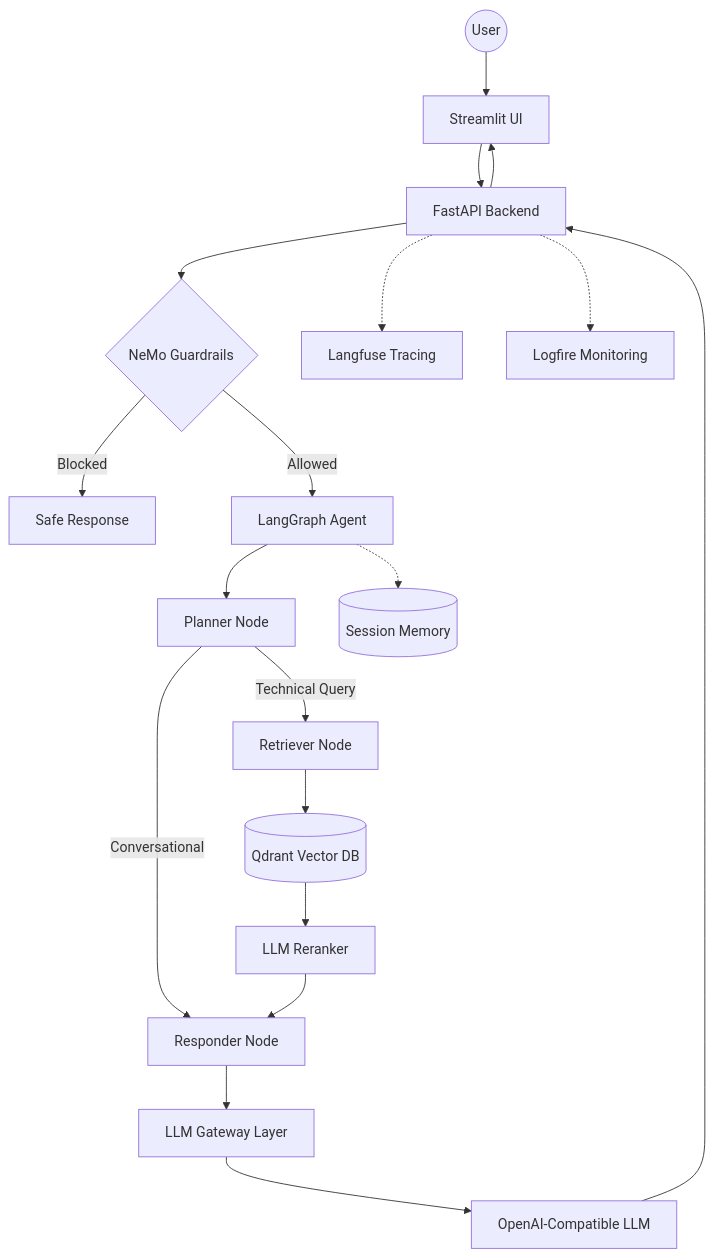
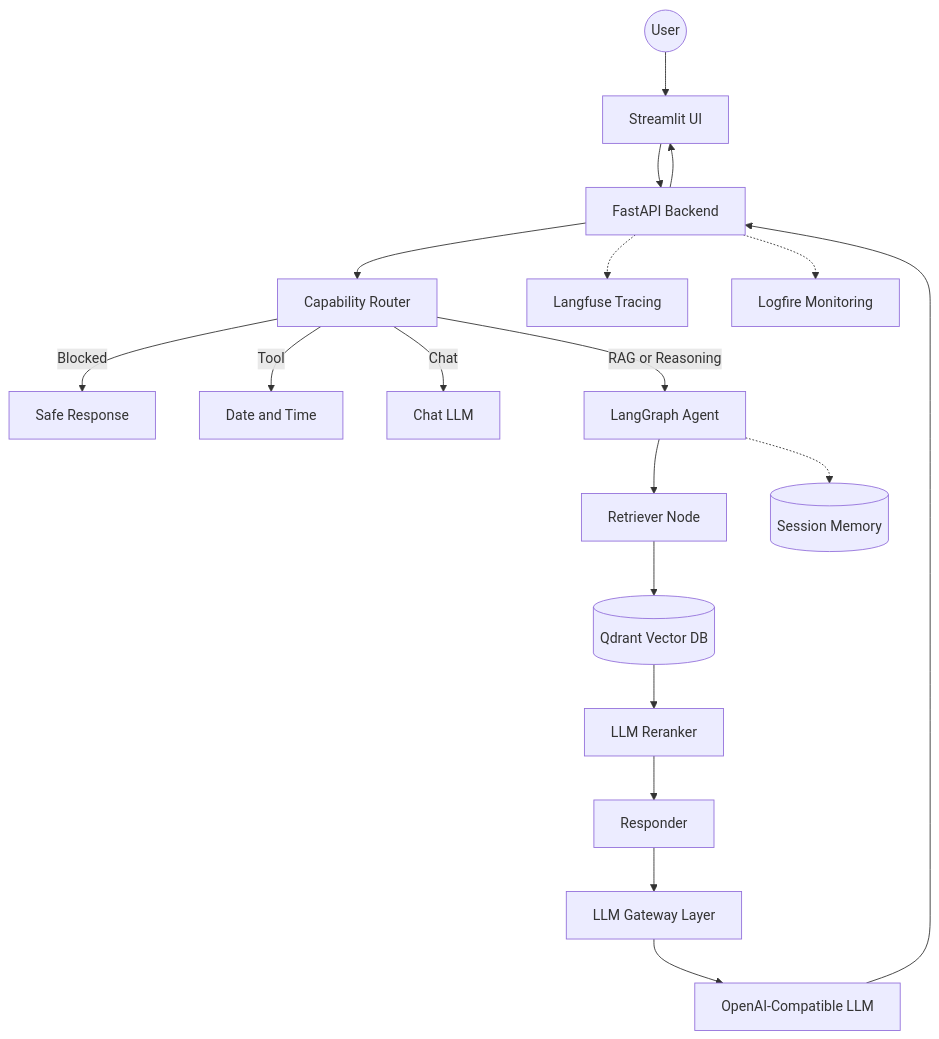
One commit to Alex-Xiao-5219/agentic-rag changed the diagram in README.md. Above: the diagram before and after it, drawn with Mermaid. The commit also changed other lines of this file and 18 other files, not shown here.

Commit message:
add capability router

````diff
--- a/README.md
+++ b/README.md
@@ -42,21 +42,21 @@
 ```mermaid
 graph TD
     User((User)) --> UI[Streamlit UI]
     UI --> API[FastAPI Backend]
-    API --> Guard{NeMo Guardrails}
-    Guard -->|Blocked| Blocked[Safe Response]
-    Guard -->|Allowed| Agent[LangGraph Agent]
-    Agent --> Planner[Planner Node]
-    Planner -->|Conversational| Responder[Responder Node]
-    Planner -->|Technical Query| Retriever[Retriever Node]
+    API --> Router[Capability Router]
+    Router -->|Blocked| Blocked[Safe Response]
+    Router -->|Tool| Tool[Date and Time]
+    Router -->|Chat| Chat[Chat LLM]
+    Router -->|RAG or Reasoning| Agent[LangGraph Agent]
+    Agent --> Retriever[Retriever Node]
     Retriever --> Qdrant[(Qdrant Vector DB)]
     Qdrant --> Reranker[LLM Reranker]
     Reranker --> Responder
     Responder --> Gateway[LLM Gateway Layer]
     Gateway --> LLM[OpenAI-Compatible LLM]
     LLM --> API
     API --> UI
     Agent -.-> Memory[(Session Memory)]
     API -.-> Langfuse[Langfuse Tracing]
     API -.-> Logfire[Logfire Monitoring]
 ```
````
